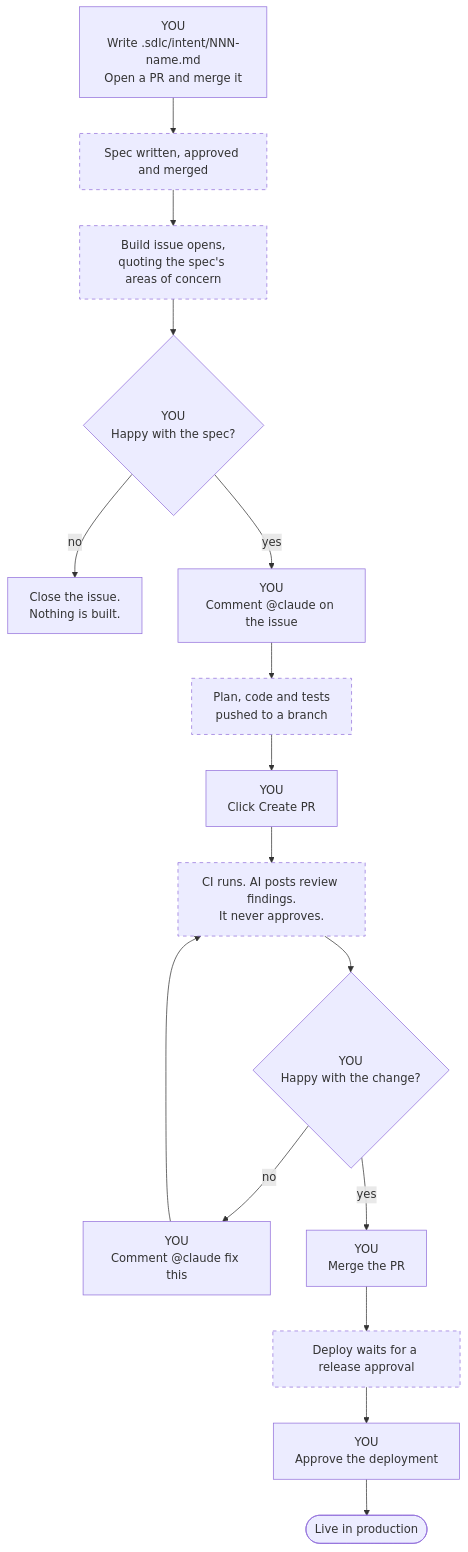
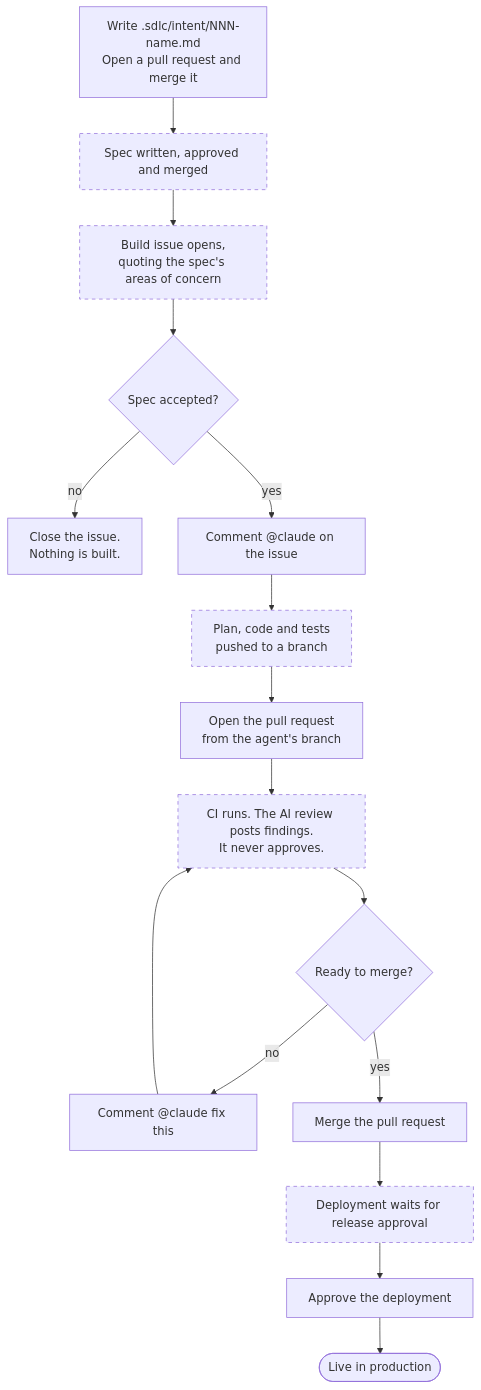
The diagram in ONBOARDING.md (kayshn/poc-sdlc-template), drawn with Mermaid before and after one commit. The commit also changed other lines of this file, not shown here.

First line of the commit message:
Write the loop diagram impersonally and name the role for each step

````diff
--- a/ONBOARDING.md
+++ b/ONBOARDING.md
@@ -90,27 +90,27 @@
 ```mermaid
 flowchart TD
-    I["YOU<br/>Write .sdlc/intent/NNN-name.md<br/>Open a PR and merge it"]
+    I["Write .sdlc/intent/NNN-name.md<br/>Open a pull request and merge it"]
     S["Spec written, approved and merged"]
     B["Build issue opens,<br/>quoting the spec's areas of concern"]
-    G{"YOU<br/>Happy with the spec?"}
+    G{"Spec accepted?"}
     X["Close the issue.<br/>Nothing is built."]
-    C["YOU<br/>Comment @claude on the issue"]
+    C["Comment @claude on the issue"]
     P["Plan, code and tests<br/>pushed to a branch"]
-    O["YOU<br/>Click Create PR"]
-    R["CI runs. AI posts review findings.<br/>It never approves."]
-    G2{"YOU<br/>Happy with the change?"}
-    F["YOU<br/>Comment @claude fix this"]
-    M["YOU<br/>Merge the PR"]
-    D["Deploy waits for a release approval"]
-    A["YOU<br/>Approve the deployment"]
+    O["Open the pull request<br/>from the agent's branch"]
+    R["CI runs. The AI review posts findings.<br/>It never approves."]
+    G2{"Ready to merge?"}
+    F["Comment @claude fix this"]
+    M["Merge the pull request"]
+    D["Deployment waits for release approval"]
+    A["Approve the deployment"]
     L(["Live in production"])
 
     I --> S --> B --> G
     G -- no --> X
     G -- yes --> C --> P --> O --> R --> G2
     G2 -- no --> F --> R
     G2 -- yes --> M --> D --> A --> L
 
     classDef auto stroke-dasharray: 5 5
     class S,B,P,R,D auto
 ```
````
